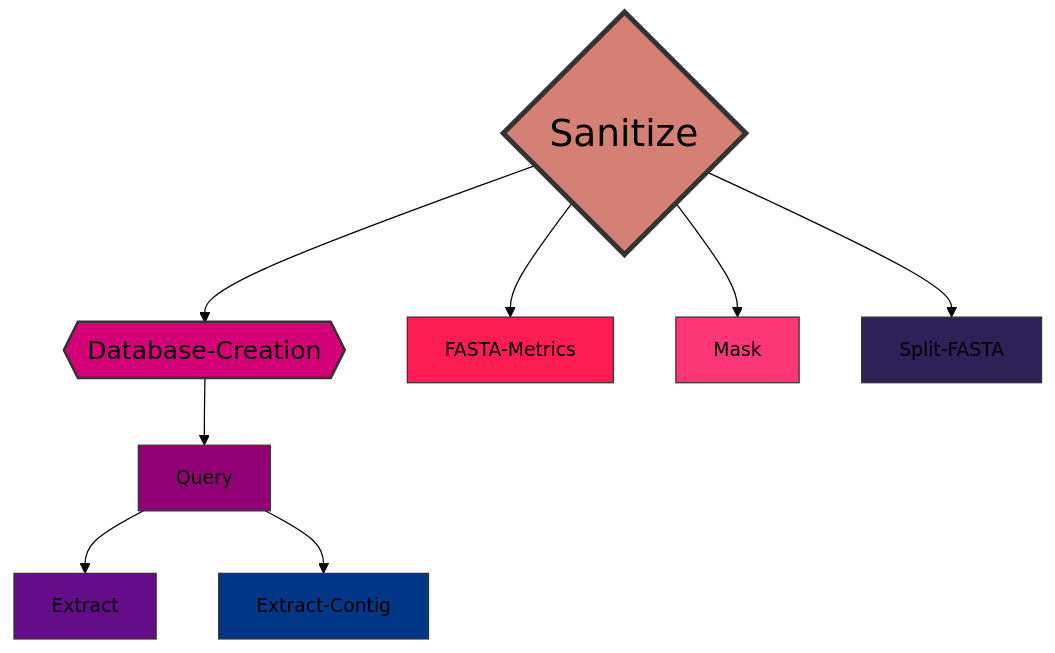
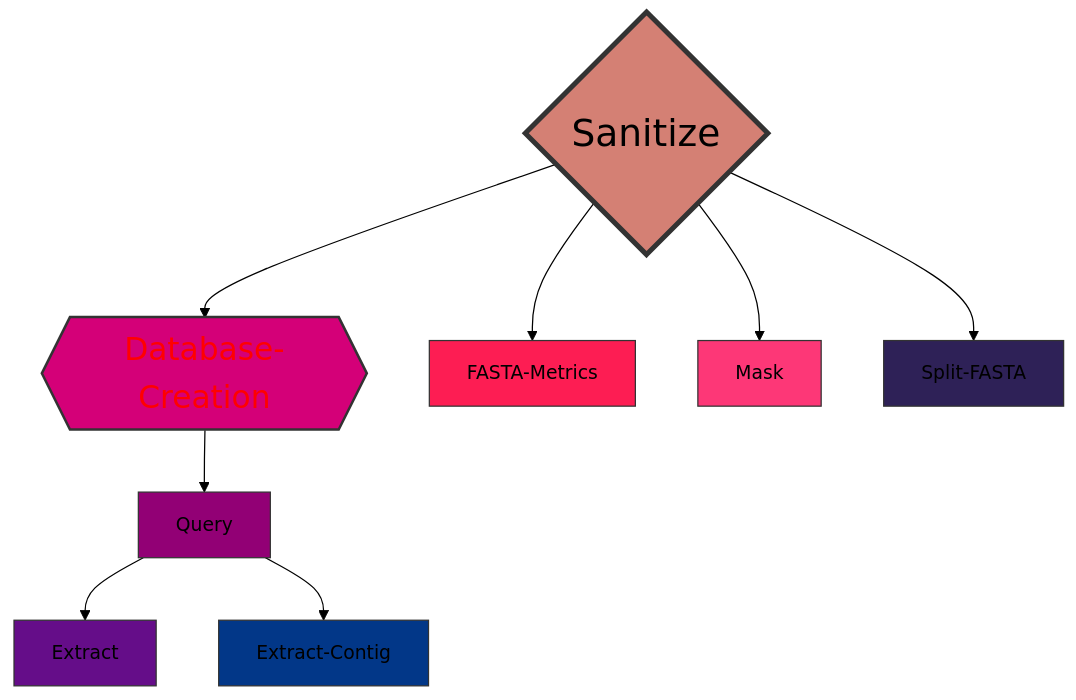
The diagram in README.md (ERBringHorvath/SeqForge), drawn with Mermaid (forest theme) before and after one commit.

````diff
--- a/README.md
+++ b/README.md
@@ -79,20 +79,20 @@
 ```mermaid
 graph TD;
     A{Sanitize}-->B{{Database-Creation}};
     B{{Database-Creation}}-->C[Query];
     C[Query]-->D[Extract];
     C[Query]-->E[Extract-Contig];
     A{Sanitize}-->F[FASTA-Metrics];
     A{Sanitize}-->G[Mask];
     A{Sanitize}-->H[Split-FASTA];
 
     %% Custom style for Sanitize node
     style A fill:#d48074,stroke:#333,stroke-width:4,font-size:30px
-    style B fill:#d40078,stroke:#333,stroke-width:2,font-size:20px
+    style B fill:#d40078,stroke:#333,stroke-width:2,font-size:25px,color:#ff0000
     style C fill:#920075,stroke:#333,stroke-width:1,font-size:15px
     style D fill:#650D89,stroke:#333,stroke-width:1,font-size:15px
     style E fill:#023788,stroke:#333,stroke-width:1,font-size:15px
     style F fill:#fd1d53,stroke:#333,stroke-width:1,font-size:15px
     style G fill:#fd3777,stroke:#333,stroke-width:1,font-size:15px
     style H fill:#2e2157,stroke:#333,stroke-width:1,font-size:15px
 ```
````
